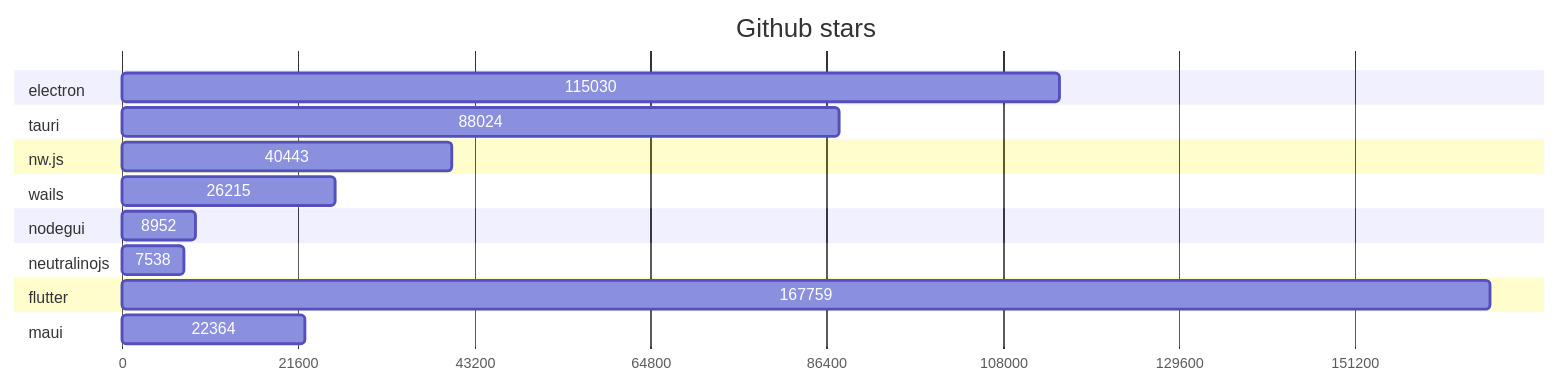
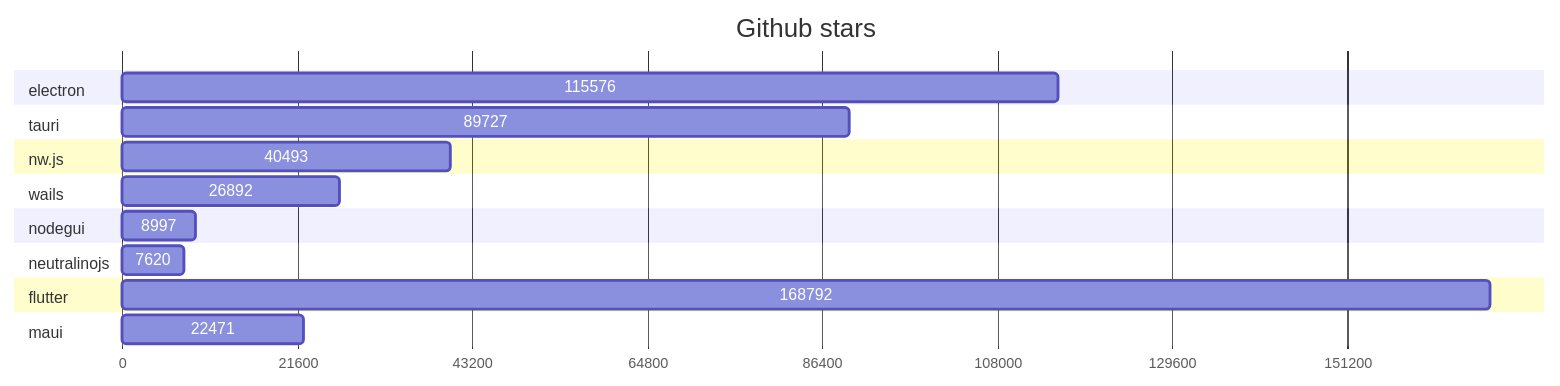
The first of 2 diagrams in GRAPHS.md (Elanis/web-to-desktop-framework-comparison), drawn with Mermaid before and after one commit. The commit also changed other lines of this file and 2 other files, not shown here.

Commit message:
Update stars & Fork

````diff
--- a/GRAPHS.md
+++ b/GRAPHS.md
@@ -5,40 +5,40 @@
 ```mermaid
 gantt
     title Github stars
     dateFormat  X
     axisFormat %s
 
 
 	section electron
-	115030 : 0, 115030
+	115576 : 0, 115576
 
 	
 	section tauri
-	88024 : 0, 88024
+	89727 : 0, 89727
 
 	
 	section nw.js
-	40443 : 0, 40443
+	40493 : 0, 40493
 
 	
 	section wails
-	26215 : 0, 26215
+	26892 : 0, 26892
 
 	
 	section nodegui
-	8952 : 0, 8952
+	8997 : 0, 8997
 
 	
 	section neutralinojs
-	7538 : 0, 7538
+	7620 : 0, 7620
 
 	
 	section flutter
-	167759 : 0, 167759
+	168792 : 0, 168792
 
 	
 	section maui
-	22364 : 0, 22364
+	22471 : 0, 22471
 
 	
 ```
````
